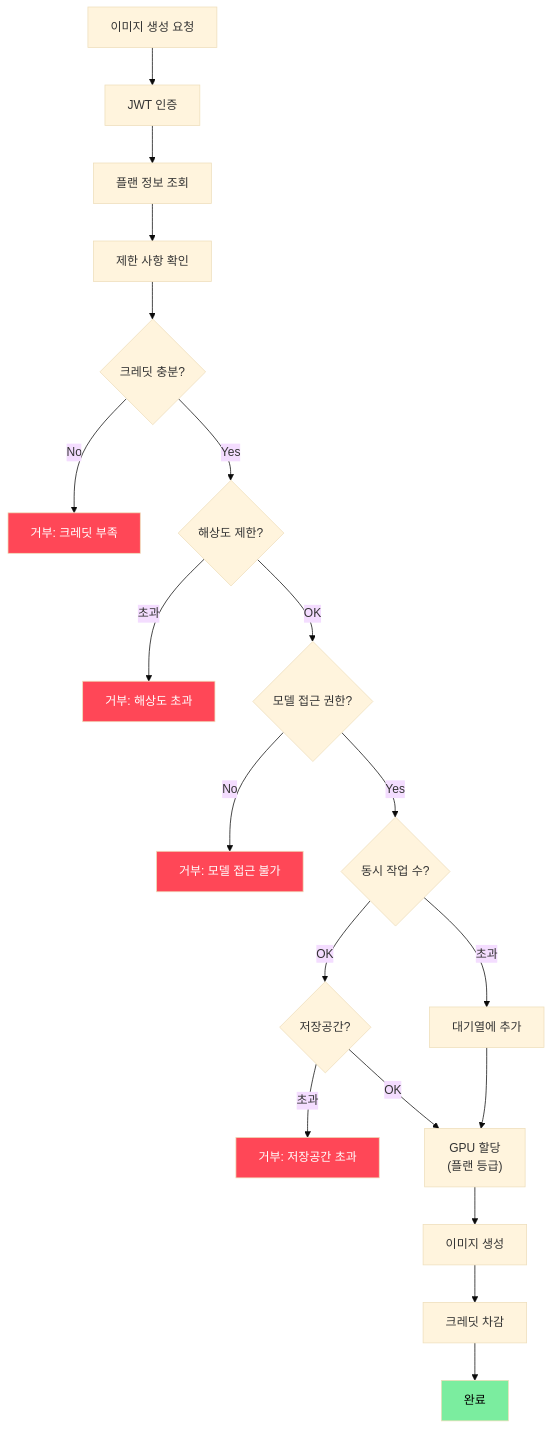
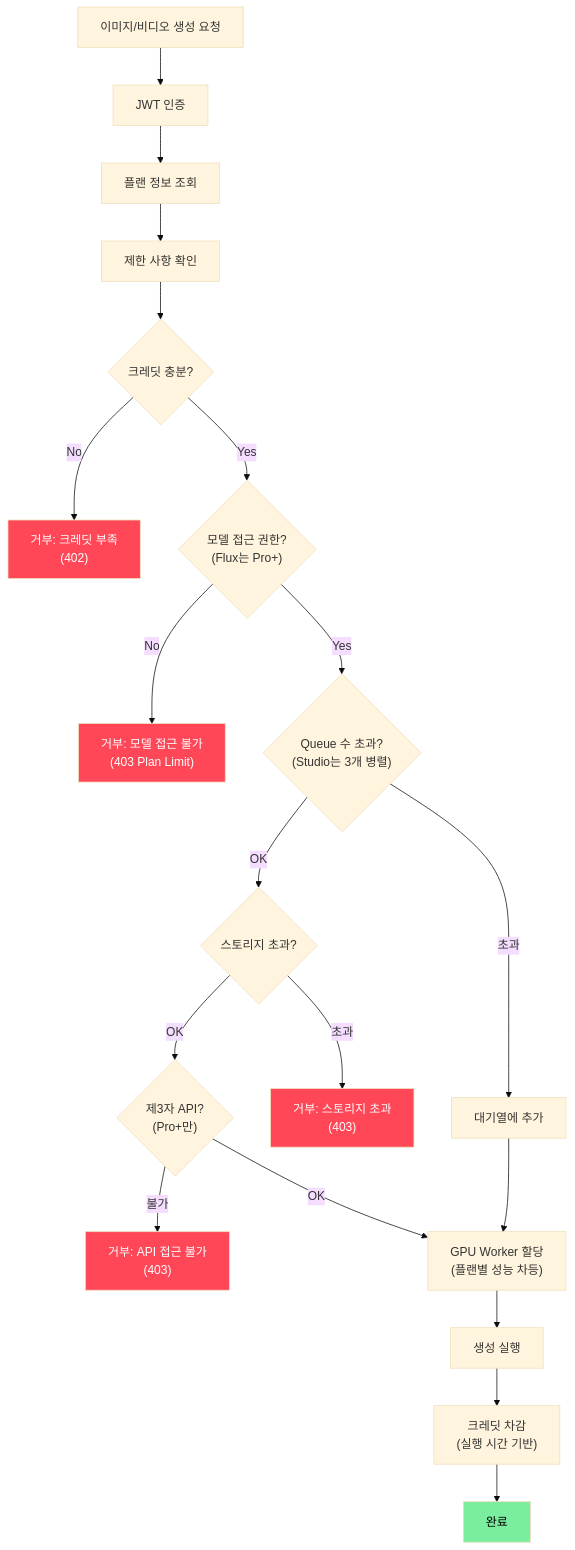
The third of 11 diagrams in docs/saas-analysis/05_SUBSCRIPTION_BILLING_SYSTEM.md (Pinksea-AI/InvokeAI), drawn with Mermaid (base theme) before and after one commit. The commit also changed other lines of this file and 6 other files, not shown here.

````diff
--- a/docs/saas-analysis/05_SUBSCRIPTION_BILLING_SYSTEM.md
+++ b/docs/saas-analysis/05_SUBSCRIPTION_BILLING_SYSTEM.md
@@ -71,34 +116,34 @@
 ```mermaid
 flowchart TB
-    REQ["이미지 생성 요청"] --> AUTH["JWT 인증"]
+    REQ["이미지/비디오 생성 요청"] --> AUTH["JWT 인증"]
     AUTH --> PLAN["플랜 정보 조회"]
     PLAN --> CHECKS["제한 사항 확인"]
 
     CHECKS --> C1{"크레딧 충분?"}
-    C1 -->|No| REJECT1["거부: 크레딧 부족"]
+    C1 -->|No| REJECT1["거부: 크레딧 부족<br/>(402)"]
 
-    C1 -->|Yes| C2{"해상도 제한?"}
-    C2 -->|초과| REJECT2["거부: 해상도 초과"]
+    C1 -->|Yes| C2{"모델 접근 권한?<br/>(Flux는 Pro+)"}
+    C2 -->|No| REJECT2["거부: 모델 접근 불가<br/>(403 Plan Limit)"]
 
-    C2 -->|OK| C3{"모델 접근 권한?"}
-    C3 -->|No| REJECT3["거부: 모델 접근 불가"]
+    C2 -->|Yes| C3{"Queue 수 초과?<br/>(Studio는 3개 병렬)"}
+    C3 -->|초과| WAIT["대기열에 추가"]
 
-    C3 -->|Yes| C4{"동시 작업 수?"}
-    C4 -->|초과| WAIT["대기열에 추가"]
+    C3 -->|OK| C4{"스토리지 초과?"}
+    C4 -->|초과| REJECT4["거부: 스토리지 초과<br/>(403)"]
 
-    C4 -->|OK| C5{"저장공간?"}
-    C5 -->|초과| REJECT5["거부: 저장공간 초과"]
+    C4 -->|OK| C5{"제3자 API?<br/>(Pro+만)"}
+    C5 -->|불가| REJECT5["거부: API 접근 불가<br/>(403)"]
 
-    C5 -->|OK| GPU["GPU 할당<br/>(플랜 등급)"]
-    GPU --> PROCESS["이미지 생성"]
-    PROCESS --> DEDUCT["크레딧 차감"]
+    C5 -->|OK| GPU["GPU Worker 할당<br/>(플랜별 성능 차등)"]
+    GPU --> PROCESS["생성 실행"]
+    PROCESS --> DEDUCT["크레딧 차감<br/>(실행 시간 기반)"]
     DEDUCT --> DONE["완료"]
 
     WAIT --> GPU
 
     style REJECT1 fill:#ff4757,color:#fff
     style REJECT2 fill:#ff4757,color:#fff
-    style REJECT3 fill:#ff4757,color:#fff
+    style REJECT4 fill:#ff4757,color:#fff
     style REJECT5 fill:#ff4757,color:#fff
     style DONE fill:#7bed9f,color:#000
 ```
````
